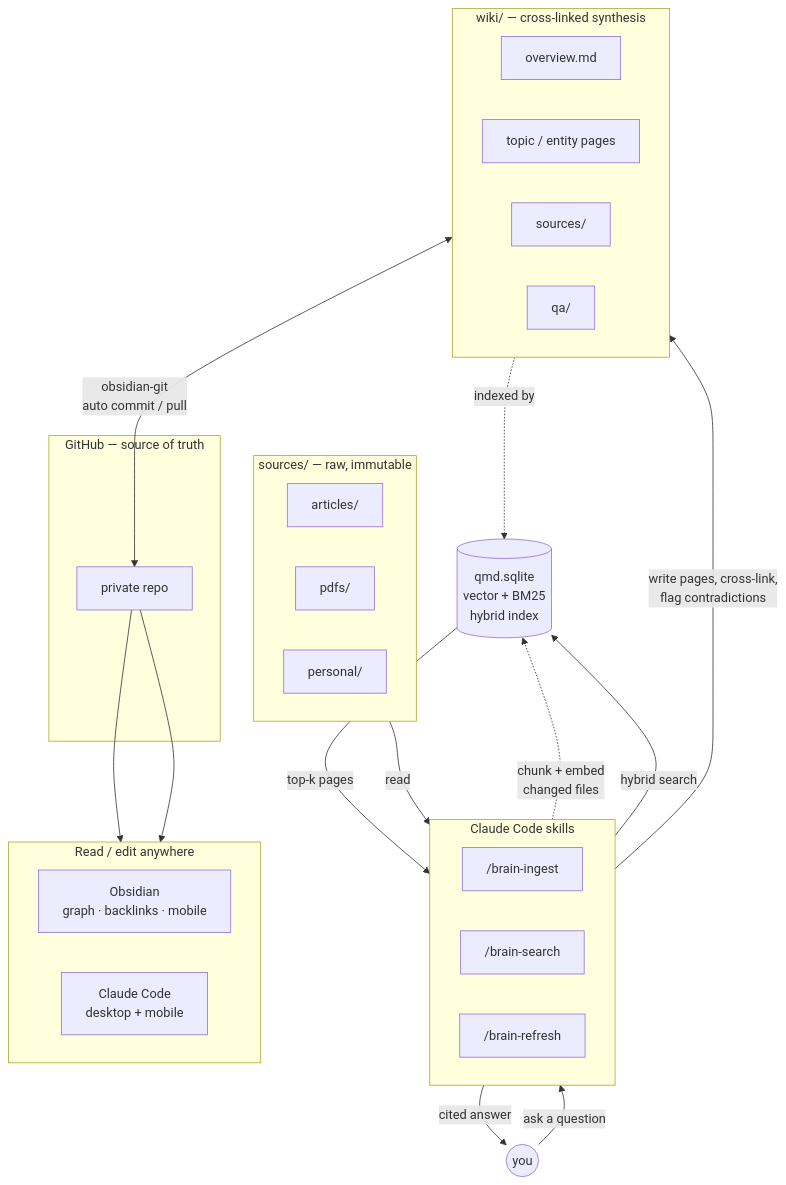
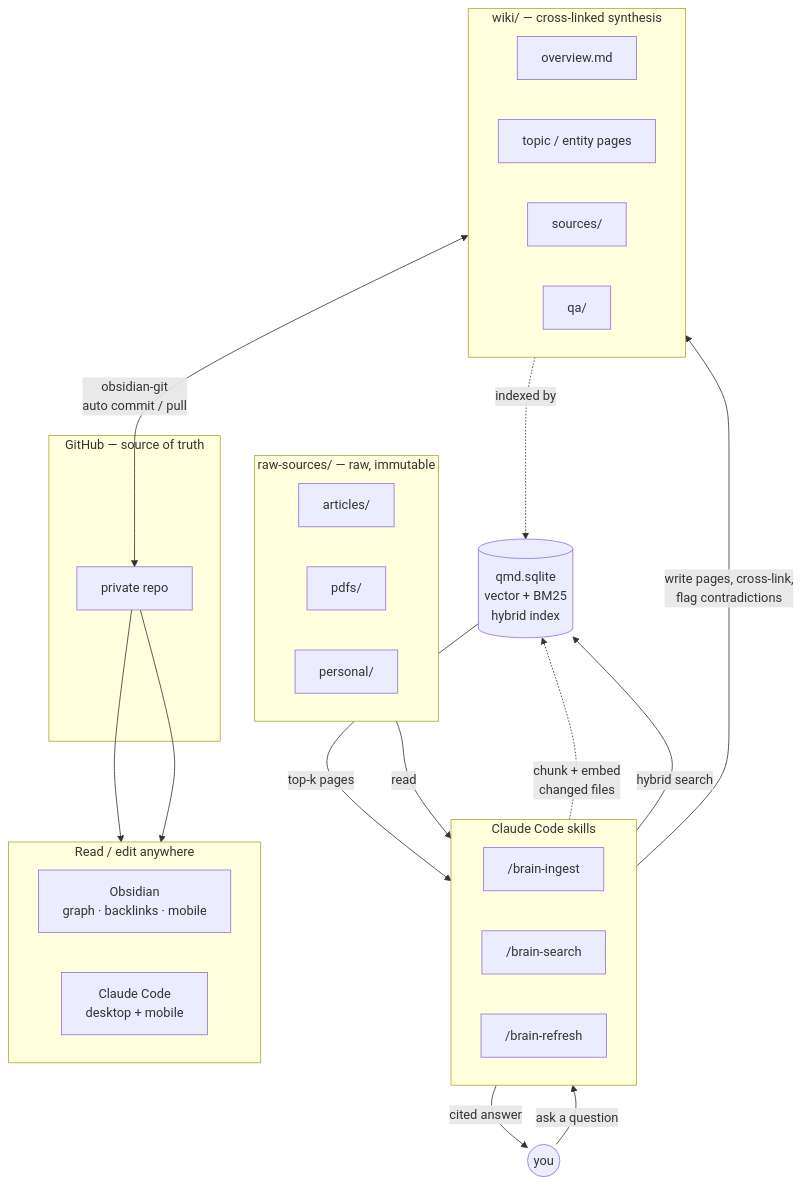
One commit to jessepinkman9900/claude-second-brain changed the diagram in README.md. Above: the diagram before and after it, drawn with Mermaid. The commit also changed other lines of this file and 13 other files, not shown here.

First line of the commit message:
refactor: rename sources/ to raw-sources/ to eliminate naming collision with wiki/sources/

````diff
--- a/README.md
+++ b/README.md
@@ -138,50 +138,50 @@
 ```mermaid
 flowchart TB
-  subgraph Sources["sources/ — raw, immutable"]
+  subgraph Sources["raw-sources/ — raw, immutable"]
     direction LR
     S1[articles/]
     S2[pdfs/]
     S3[personal/]
   end
 
   subgraph Skills["Claude Code skills"]
     direction LR
     I["/brain-ingest"]
     Q["/brain-search"]
     R["/brain-refresh"]
   end
 
   subgraph Wiki["wiki/ — cross-linked synthesis"]
     direction LR
     W1[overview.md]
     W2[topic / entity pages]
     W3[sources/]
     W4[qa/]
   end
 
   QMD[("qmd.sqlite<br/>vector + BM25<br/>hybrid index")]
 
   subgraph Remote["GitHub — source of truth"]
     GH[private repo]
   end
 
   subgraph Read["Read / edit anywhere"]
     direction LR
     OB["Obsidian<br/>graph · backlinks · mobile"]
     CC["Claude Code<br/>desktop + mobile"]
   end
 
   User((you))
 
   Sources -->|read| I
   I -->|write pages, cross-link,<br/>flag contradictions| Wiki
   R -.->|chunk + embed<br/>changed files| QMD
   Wiki -.->|indexed by| QMD
   User -->|ask a question| Q
   Q -->|hybrid search| QMD
   QMD -->|top-k pages| Q
   Q -->|cited answer| User
   Wiki <-->|"obsidian-git<br/>auto commit / pull"| GH
   GH --> OB
   GH --> CC
 ```
````
